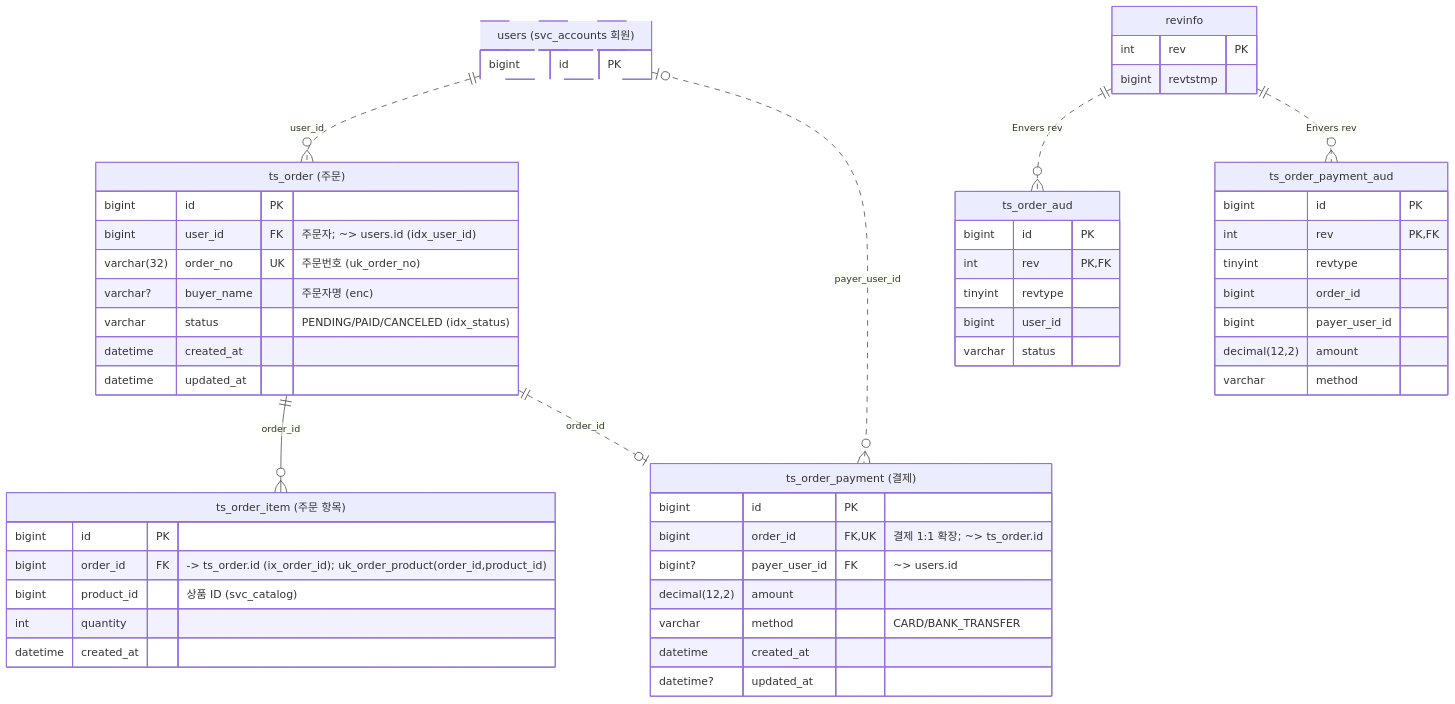
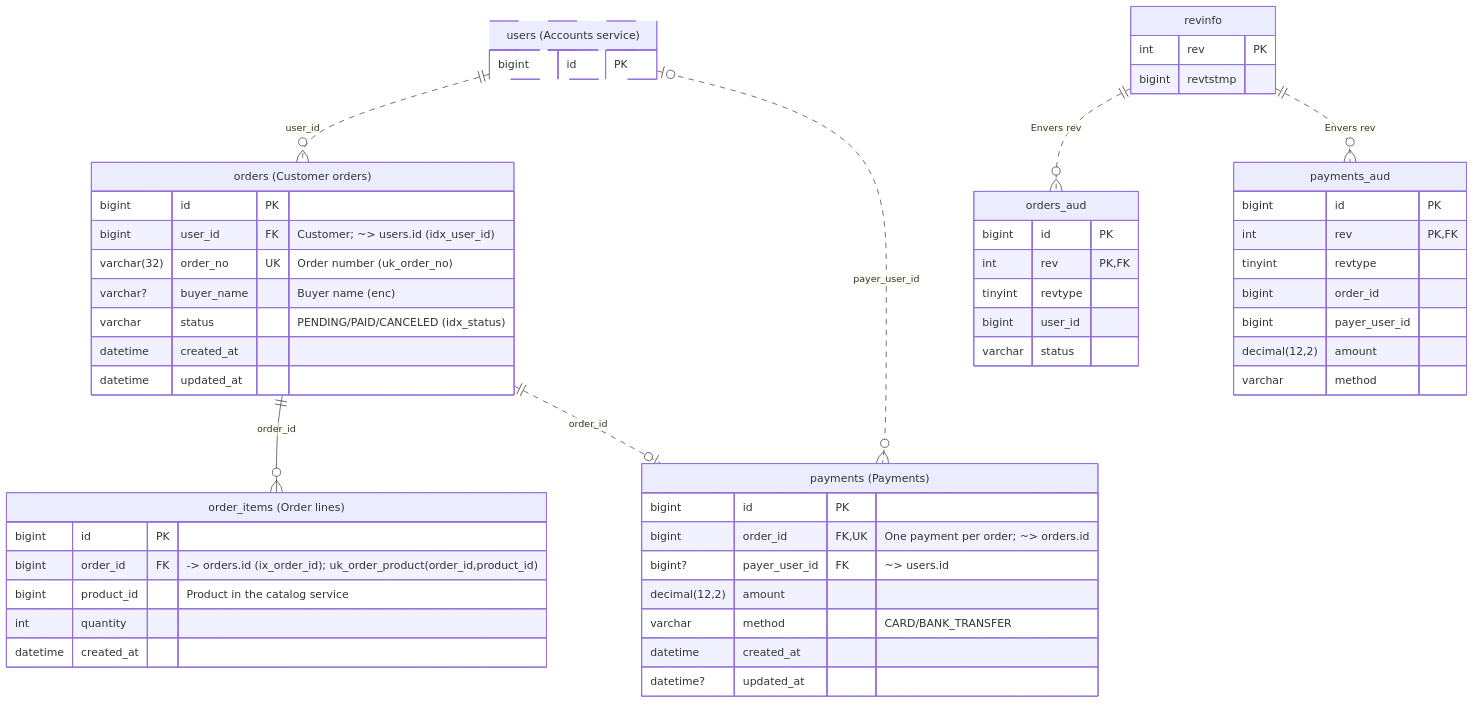
One commit to JHZLO/resin changed the diagram in examples/order.mmd. Above: the diagram before and after it, drawn with Mermaid. The commit also changed 22 other files, not shown here.

```diff
--- a/examples/order.mmd
+++ b/examples/order.mmd
@@ -1,66 +1,66 @@
 erDiagram
     %% solid(--)=physical FK / dotted(..)=logical reference
-    users ||..o{ ts_order : "user_id"
-    ts_order ||--o{ ts_order_item : "order_id"
-    ts_order ||..o| ts_order_payment : "order_id"
-    users |o..o{ ts_order_payment : "payer_user_id"
+    users ||..o{ orders : "user_id"
+    orders ||--o{ order_items : "order_id"
+    orders ||..o| payments : "order_id"
+    users |o..o{ payments : "payer_user_id"
 
-    revinfo ||..o{ ts_order_aud : "Envers rev"
-    revinfo ||..o{ ts_order_payment_aud : "Envers rev"
+    revinfo ||..o{ orders_aud : "Envers rev"
+    revinfo ||..o{ payments_aud : "Envers rev"
 
-    users["users (svc_accounts 회원)"]:::external {
+    users["users (Accounts service)"]:::external {
         bigint id PK
     }
 
-    ts_order["ts_order (주문)"] {
+    orders["orders (Customer orders)"] {
         bigint id PK
-        bigint user_id FK "주문자; ~> users.id (idx_user_id)"
-        varchar(32) order_no UK "주문번호 (uk_order_no)"
-        varchar? buyer_name "주문자명 (enc)"
+        bigint user_id FK "Customer; ~> users.id (idx_user_id)"
+        varchar(32) order_no UK "Order number (uk_order_no)"
+        varchar? buyer_name "Buyer name (enc)"
         varchar status "PENDING/PAID/CANCELED (idx_status)"
         datetime created_at
         datetime updated_at
     }
 
-    ts_order_item["ts_order_item (주문 항목)"] {
+    order_items["order_items (Order lines)"] {
         bigint id PK
-        bigint order_id FK "-> ts_order.id (ix_order_id); uk_order_product(order_id,product_id)"
-        bigint product_id "상품 ID (svc_catalog)"
+        bigint order_id FK "-> orders.id (ix_order_id); uk_order_product(order_id,product_id)"
+        bigint product_id "Product in the catalog service"
         int quantity
         datetime created_at
     }
 
-    ts_order_payment["ts_order_payment (결제)"] {
+    payments["payments (Payments)"] {
         bigint id PK
-        bigint order_id FK,UK "결제 1:1 확장; ~> ts_order.id"
+        bigint order_id FK,UK "One payment per order; ~> orders.id"
         bigint? payer_user_id FK "~> users.id"
         decimal(12,2) amount
         varchar method "CARD/BANK_TRANSFER"
         datetime created_at
         datetime? updated_at
     }
 
     revinfo {
         int rev PK
         bigint revtstmp
     }
 
-    ts_order_aud {
+    orders_aud {
         bigint id PK
         int rev PK,FK
         tinyint revtype
         bigint user_id
         varchar status
     }
 
-    ts_order_payment_aud {
+    payments_aud {
         bigint id PK
         int rev PK,FK
         tinyint revtype
         bigint order_id
         bigint payer_user_id
         decimal(12,2) amount
         varchar method
     }
 
     classDef external stroke-dasharray:4 3
```
